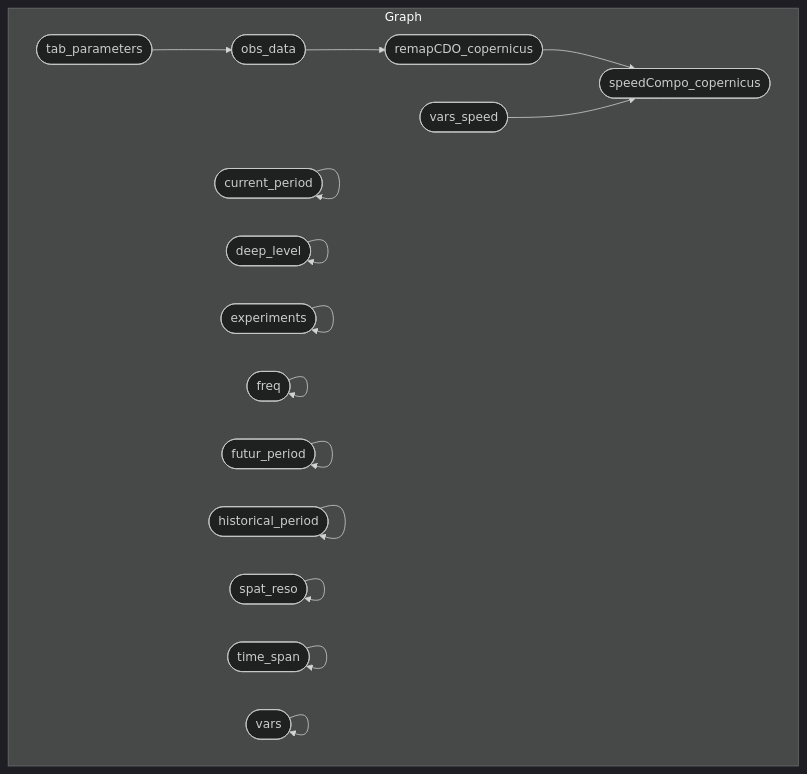
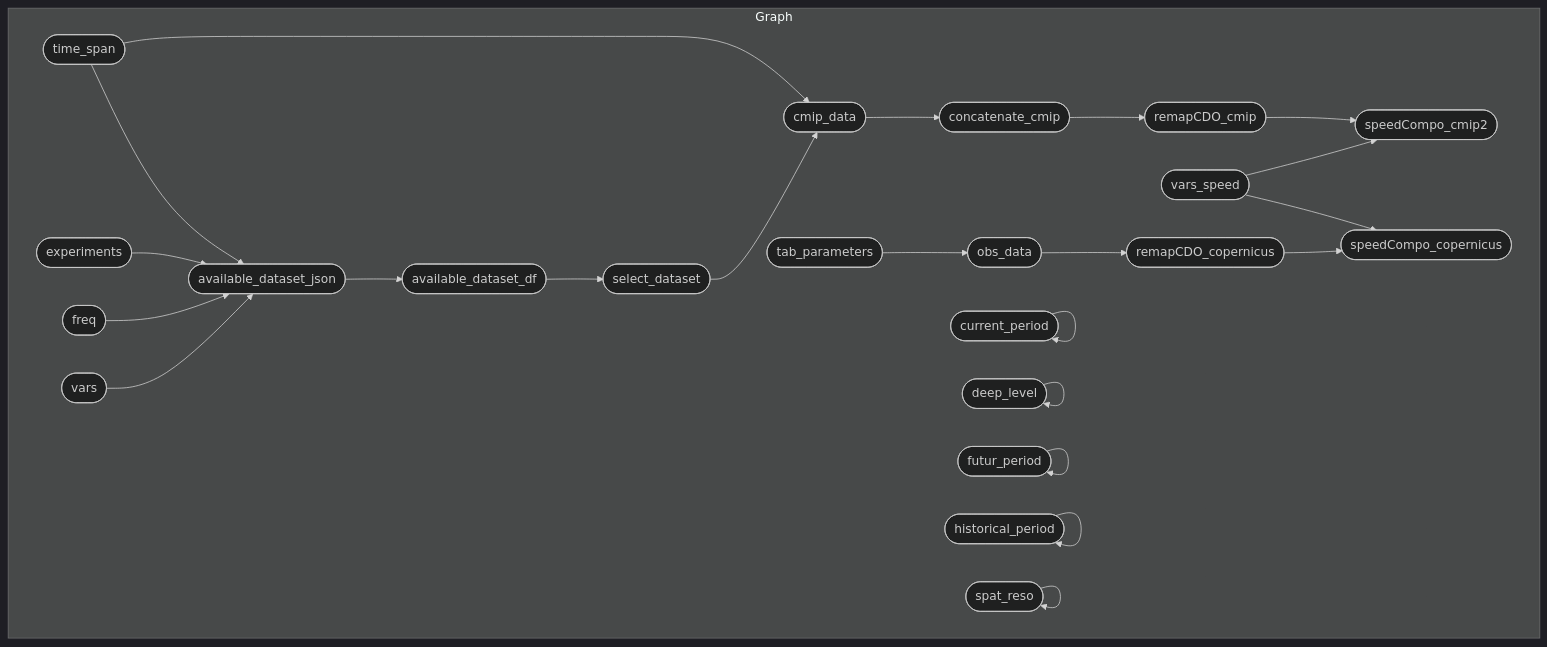
Before and after one commit to r-fernandezz/downshape: the diagram in README.md, drawn with Mermaid (dark theme).

Commit message:
✏️ TYPO: update readme

````diff
--- a/README.md
+++ b/README.md
@@ -22,19 +22,27 @@
 ``` mermaid
 graph LR
   subgraph Graph
     direction LR
+    x6fcf9b0e7fc429ff(["available_dataset_json"]):::uptodate --> xe895740a9b7896f7(["available_dataset_df"]):::uptodate
+    x4fe875b2492d0106(["concatenate_cmip"]):::outdated --> xf4b49e2ba07661b1(["remapCDO_cmip"]):::outdated
+    xd8e5f2013a341013(["cmip_data"]):::outdated --> x4fe875b2492d0106(["concatenate_cmip"]):::outdated
+    x3f5ab24ee8d242b4(["select_dataset"]):::outdated --> xd8e5f2013a341013(["cmip_data"]):::outdated
+    x2c0118dd07b06ac8(["time_span"]):::uptodate --> xd8e5f2013a341013(["cmip_data"]):::outdated
+    xac02e5e58926353b(["experiments"]):::uptodate --> x6fcf9b0e7fc429ff(["available_dataset_json"]):::uptodate
+    x906e78a8df9f52cb(["freq"]):::uptodate --> x6fcf9b0e7fc429ff(["available_dataset_json"]):::uptodate
+    x2c0118dd07b06ac8(["time_span"]):::uptodate --> x6fcf9b0e7fc429ff(["available_dataset_json"]):::uptodate
+    x8f15ec77b8dbd81a(["vars"]):::uptodate --> x6fcf9b0e7fc429ff(["available_dataset_json"]):::uptodate
+    xf4b49e2ba07661b1(["remapCDO_cmip"]):::outdated --> x0a3d6e672db943e2(["speedCompo_cmip2"]):::outdated
+    xca459201a27e8460(["vars_speed"]):::uptodate --> x0a3d6e672db943e2(["speedCompo_cmip2"]):::outdated
+    xe895740a9b7896f7(["available_dataset_df"]):::uptodate --> x3f5ab24ee8d242b4(["select_dataset"]):::outdated
     xd7bca5ba4e5f539d(["obs_data"]):::uptodate --> xec6283d15a25ed08(["remapCDO_copernicus"]):::uptodate
     xec6283d15a25ed08(["remapCDO_copernicus"]):::uptodate --> xfc6ed28680e5db72(["speedCompo_copernicus"]):::uptodate
     xca459201a27e8460(["vars_speed"]):::uptodate --> xfc6ed28680e5db72(["speedCompo_copernicus"]):::uptodate
     x4301c707c2ab0cdc(["tab_parameters"]):::uptodate --> xd7bca5ba4e5f539d(["obs_data"]):::uptodate
     x084994fb0e480676(["current_period"]):::uptodate --> x084994fb0e480676(["current_period"]):::uptodate
     x625f066a5f205ec8(["deep_level"]):::uptodate --> x625f066a5f205ec8(["deep_level"]):::uptodate
-    xac02e5e58926353b(["experiments"]):::uptodate --> xac02e5e58926353b(["experiments"]):::uptodate
-    x906e78a8df9f52cb(["freq"]):::uptodate --> x906e78a8df9f52cb(["freq"]):::uptodate
     xbce5cad1cf7e7103(["futur_period"]):::uptodate --> xbce5cad1cf7e7103(["futur_period"]):::uptodate
     x57dd1d5e854c11b6(["historical_period"]):::uptodate --> x57dd1d5e854c11b6(["historical_period"]):::uptodate
     xe73cbbcc20086ecd(["spat_reso"]):::uptodate --> xe73cbbcc20086ecd(["spat_reso"]):::uptodate
-    x2c0118dd07b06ac8(["time_span"]):::uptodate --> x2c0118dd07b06ac8(["time_span"]):::uptodate
-    x8f15ec77b8dbd81a(["vars"]):::uptodate --> x8f15ec77b8dbd81a(["vars"]):::uptodate
   end
 ```
````
